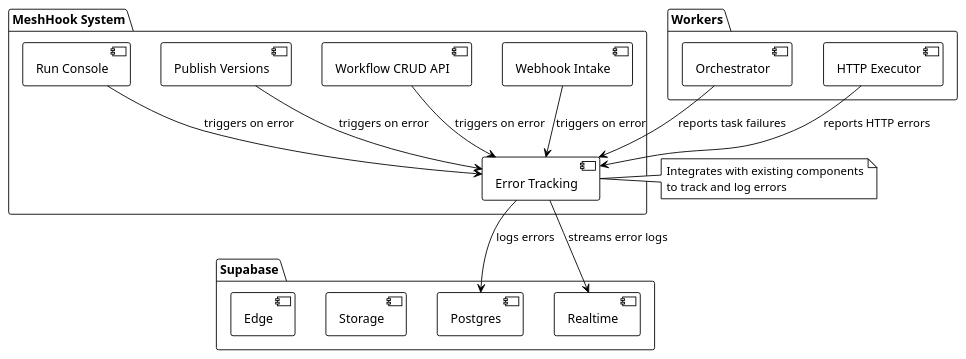
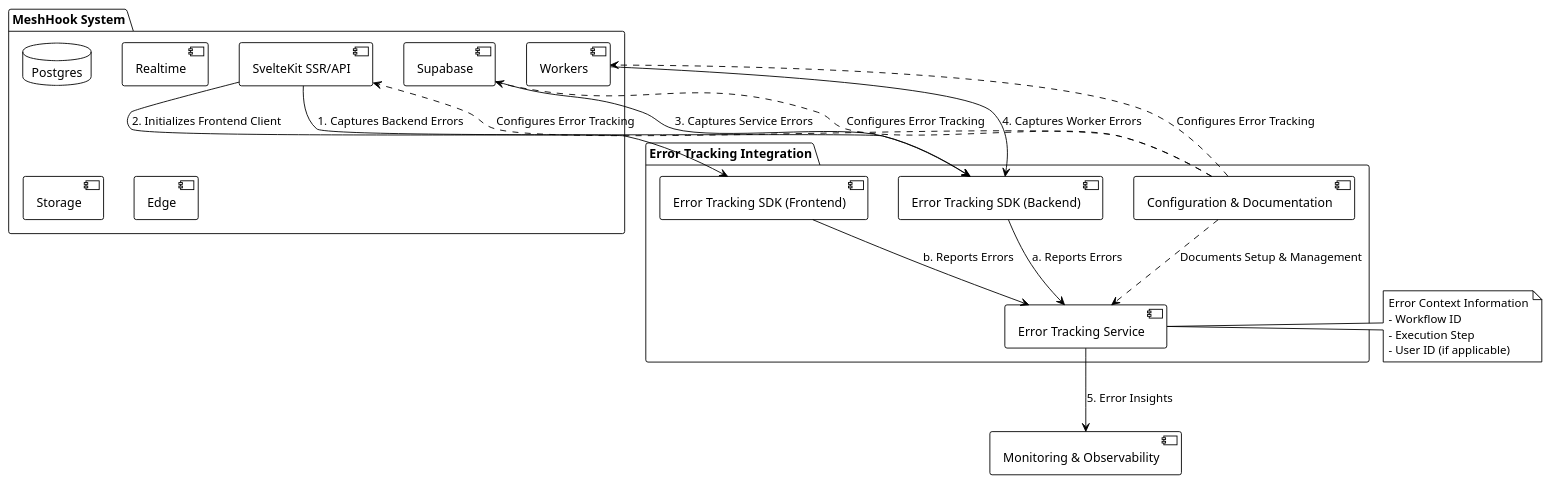
One commit to profullstack/meshhook changed the diagram in docs/PRDs/204-error-tracking-integration.puml. Above: the diagram before and after it, drawn with PlantUML. The commit also changed 74 other files, not shown here.

First line of the commit message:
Implements workflow versioning and node configuration features

```diff
--- a/docs/PRDs/204-error-tracking-integration.puml
+++ b/docs/PRDs/204-error-tracking-integration.puml
@@ -1,37 +1,38 @@
 @startuml
 !theme plain
 
 package "MeshHook System" {
-    [Webhook Intake] as Intake
-    [Workflow CRUD API] as CRUD
-    [Publish Versions] as Publish
-    [Run Console] as Console
-    [Error Tracking] as ErrorTracking
-}
-
-package "Supabase" {
-    [Postgres] as Postgres
+    [SvelteKit SSR/API] as SSR
+    [Supabase] as Supabase
+    [Workers] as Workers
+    database "Postgres" as Postgres
     [Realtime] as Realtime
     [Storage] as Storage
     [Edge] as Edge
 }
 
-package "Workers" {
-    [Orchestrator] as Orchestrator
-    [HTTP Executor] as Executor
+package "Error Tracking Integration" {
+    [Error Tracking Service] as ErrorService
+    [Error Tracking SDK (Backend)] as ErrorSDKBackend
+    [Error Tracking SDK (Frontend)] as ErrorSDKFrontend
+    [Configuration & Documentation] as ConfigDocs
 }
 
-Intake --> ErrorTracking : triggers on error
-CRUD --> ErrorTracking : triggers on error
-Publish --> ErrorTracking : triggers on error
-Console --> ErrorTracking : triggers on error
+SSR --> ErrorSDKBackend : 1. Captures Backend Errors
+SSR --> ErrorSDKFrontend : 2. Initializes Frontend Client
+Supabase --> ErrorSDKBackend : 3. Captures Service Errors
+Workers --> ErrorSDKBackend : 4. Captures Worker Errors
 
-ErrorTracking --> Postgres : logs errors
-ErrorTracking --> Realtime : streams error logs
+ErrorSDKBackend --> ErrorService : a. Reports Errors
+ErrorSDKFrontend --> ErrorService : b. Reports Errors
 
-Orchestrator --> ErrorTracking : reports task failures
-Executor --> ErrorTracking : reports HTTP errors
+ErrorService --> [Monitoring & Observability] : 5. Error Insights
 
-note right of ErrorTracking : Integrates with existing components\nto track and log errors
+note right of ErrorService : Error Context Information\n- Workflow ID\n- Execution Step\n- User ID (if applicable)
+
+ConfigDocs .> SSR : Configures Error Tracking
+ConfigDocs .> Supabase : Configures Error Tracking
+ConfigDocs .> Workers : Configures Error Tracking
+ConfigDocs ..> ErrorService : Documents Setup & Management
 
 @enduml
```
